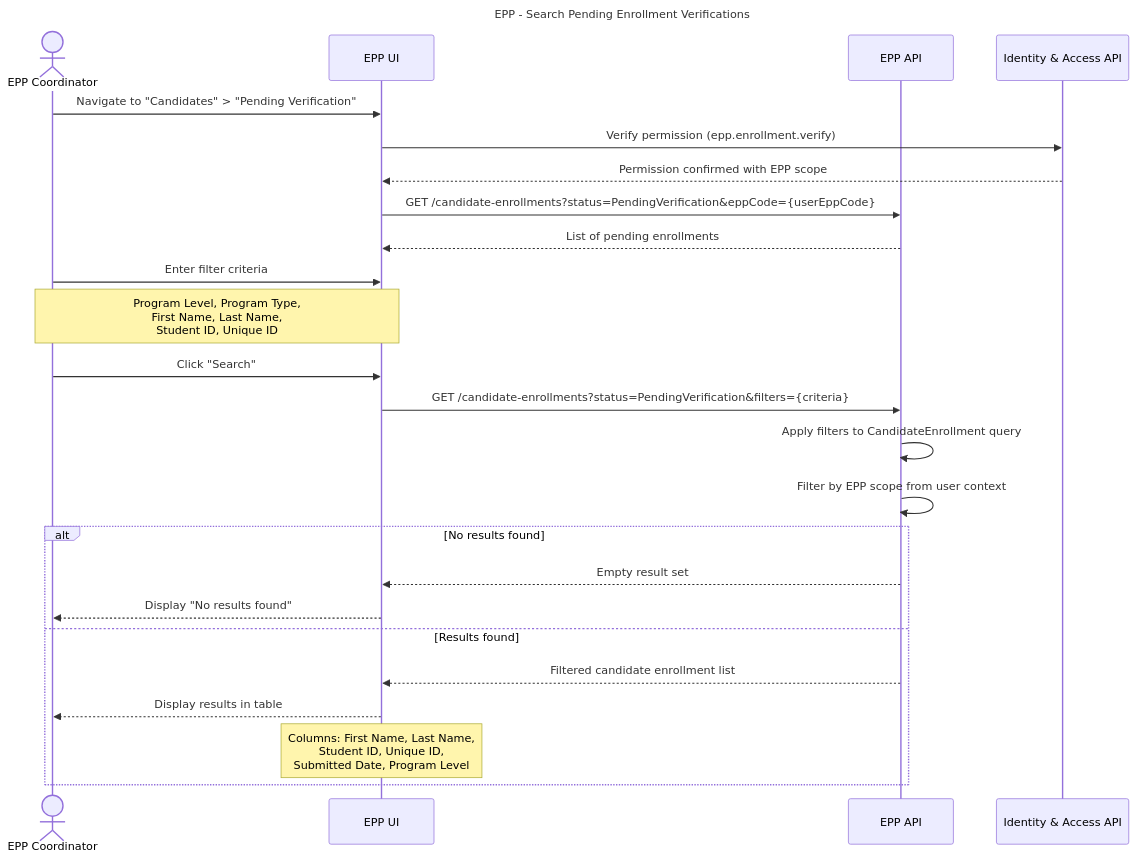
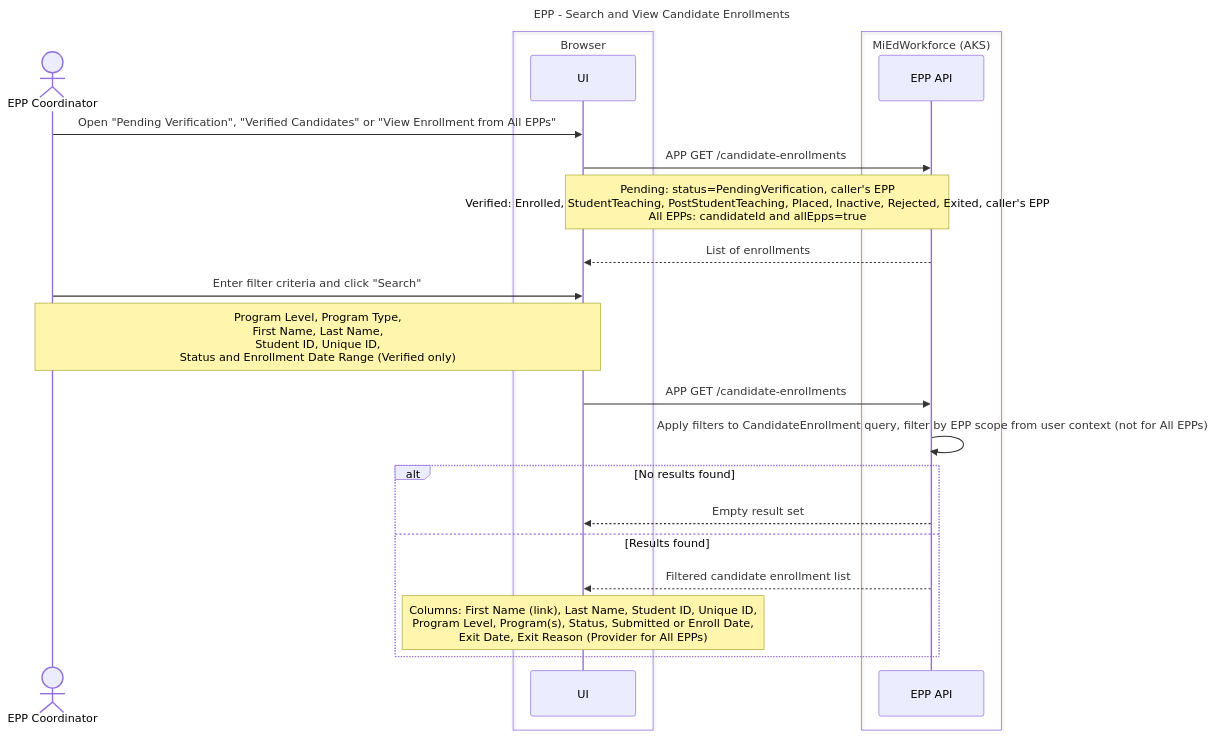
One commit to mnichols-dl/mied-design changed the eighth of 29 diagrams in working-docs/solution-areas/epp/epp-sequences.md. Above: the diagram before and after it, drawn with Mermaid. The commit also changed other lines of this file and 34 other files, not shown here.

Commit message:
Update sequences and perform RTM assessment

````diff
--- a/working-docs/solution-areas/epp/epp-sequences.md
+++ b/working-docs/solution-areas/epp/epp-sequences.md
@@ -399,35 +417,31 @@
 ```mermaid
 ---
-title: EPP - Search Pending Enrollment Verifications
+title: EPP - Search and View Candidate Enrollments
 ---
 sequenceDiagram
     actor Coordinator as EPP Coordinator
-    participant UI as EPP UI
-    participant EPPService as EPP API
-    participant IAM as Identity & Access API
-    
-    Coordinator->>UI: Navigate to "Candidates" > "Pending Verification"
-    UI->>IAM: Verify permission (epp.enrollment.verify)
-    IAM-->>UI: Permission confirmed with EPP scope
-    
-    UI->>EPPService: GET /candidate-enrollments?status=PendingVerification&eppCode={userEppCode}
-    EPPService-->>UI: List of pending enrollments
-    
-    Coordinator->>UI: Enter filter criteria
-    Note over Coordinator,UI: Program Level, Program Type,<br/>First Name, Last Name,<br/>Student ID, Unique ID
-    
-    Coordinator->>UI: Click "Search"
-    UI->>EPPService: GET /candidate-enrollments?status=PendingVerification&filters={criteria}
-    
-    EPPService->>EPPService: Apply filters to CandidateEnrollment query
-    EPPService->>EPPService: Filter by EPP scope from user context
-    
+    box Browser
+    participant UI as UI
+    end
+    box MiEdWorkforce (AKS)
+    participant EppApi as EPP API
+    end
+
+    Coordinator->>UI: Open "Pending Verification", "Verified Candidates" or "View Enrollment from All EPPs"
+    UI->>EppApi: APP GET /candidate-enrollments
+    Note over UI,EppApi: Pending: status=PendingVerification, caller's EPP<br/>Verified: Enrolled, StudentTeaching, PostStudentTeaching, Placed, Inactive, Rejected, Exited, caller's EPP<br/>All EPPs: candidateId and allEpps=true
+    EppApi-->>UI: List of enrollments
+
+    Coordinator->>UI: Enter filter criteria and click "Search"
+    Note over Coordinator,UI: Program Level, Program Type,<br/>First Name, Last Name,<br/>Student ID, Unique ID,<br/>Status and Enrollment Date Range (Verified only)
+
+    UI->>EppApi: APP GET /candidate-enrollments
+    EppApi->>EppApi: Apply filters to CandidateEnrollment query, filter by EPP scope from user context (not for All EPPs)
+
     alt No results found
-        EPPService-->>UI: Empty result set
-        UI-->>Coordinator: Display "No results found"
+        EppApi-->>UI: Empty result set
     else Results found
-        EPPService-->>UI: Filtered candidate enrollment list
-        UI-->>Coordinator: Display results in table
-        Note over UI: Columns: First Name, Last Name,<br/>Student ID, Unique ID,<br/>Submitted Date, Program Level
+        EppApi-->>UI: Filtered candidate enrollment list
+        Note over UI: Columns: First Name (link), Last Name, Student ID, Unique ID,<br/>Program Level, Program(s), Status, Submitted or Enroll Date,<br/>Exit Date, Exit Reason (Provider for All EPPs)
     end
 ```
````
